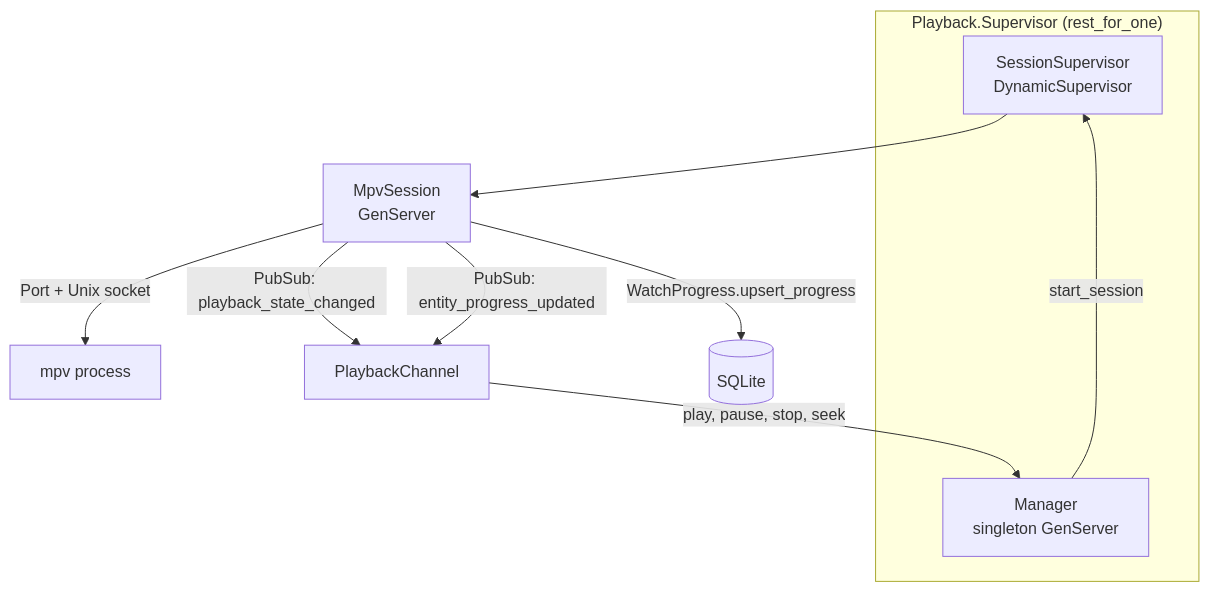
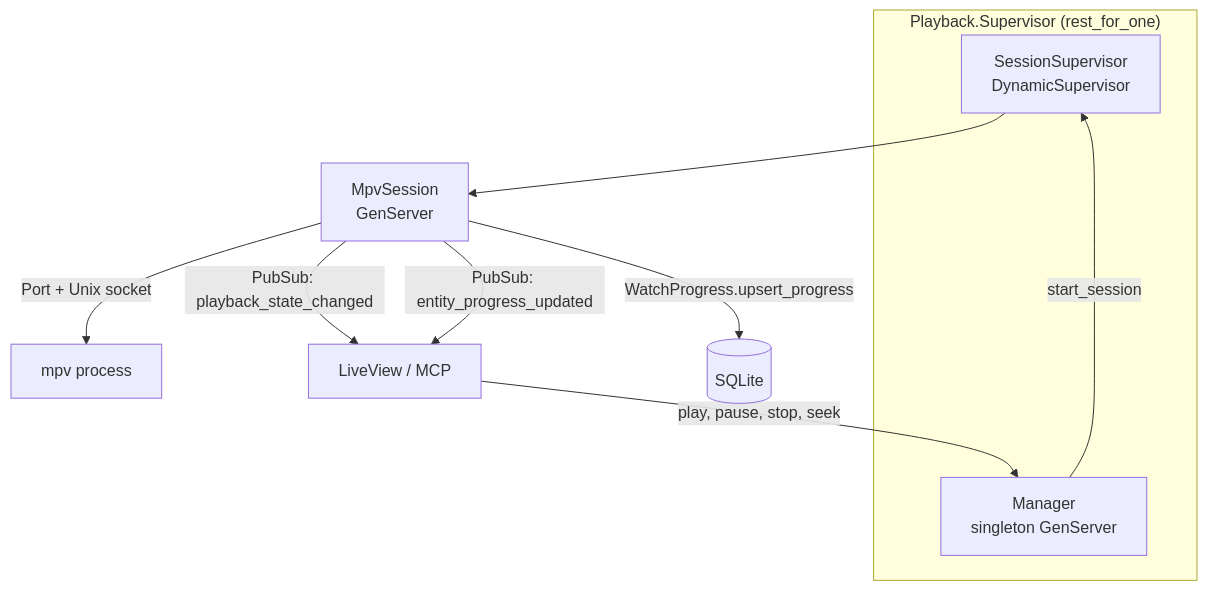
The first of 2 diagrams in docs/playback.md (media-centaur/media-centaur), drawn with Mermaid before and after one commit. The commit also changed other lines of this file and 28 other files, not shown here.

````diff
--- a/docs/playback.md
+++ b/docs/playback.md
@@ -15,15 +15,15 @@
 ```mermaid
 graph TD
     subgraph "Playback.Supervisor (rest_for_one)"
         SessionSup[SessionSupervisor<br/>DynamicSupervisor]
         Manager[Manager<br/>singleton GenServer]
     end
 
-    Channel[PlaybackChannel] -->|play, pause, stop, seek| Manager
+    LiveView[LiveView / MCP] -->|play, pause, stop, seek| Manager
     Manager -->|start_session| SessionSup
     SessionSup --> Session[MpvSession<br/>GenServer]
     Session -->|Port + Unix socket| MPV[mpv process]
-    Session -->|PubSub: playback_state_changed| Channel
-    Session -->|PubSub: entity_progress_updated| Channel
+    Session -->|PubSub: playback_state_changed| LiveView
+    Session -->|PubSub: entity_progress_updated| LiveView
     Session -->|WatchProgress.upsert_progress| DB[(SQLite)]
 ```
````
